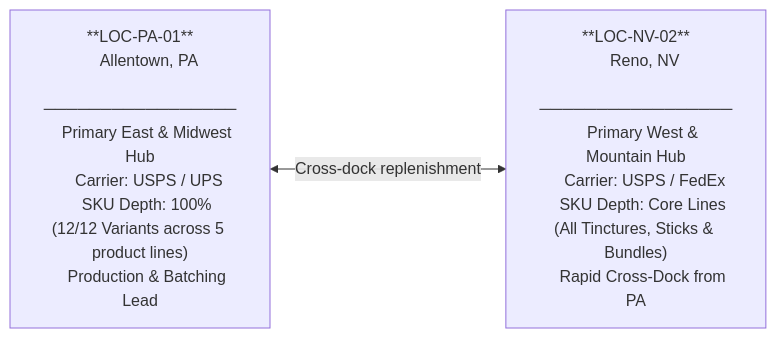
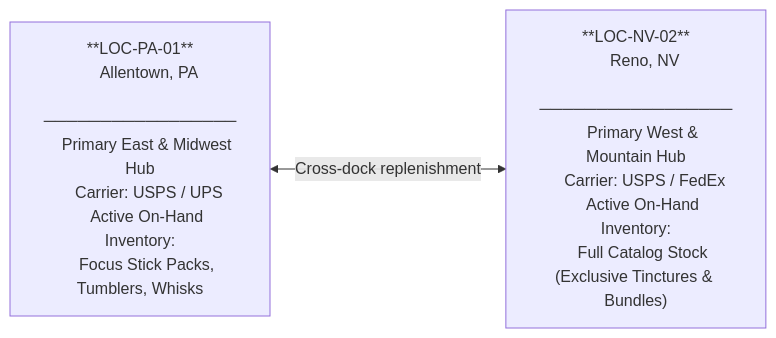
The third of 3 diagrams in domain-2-order-routing/MasterDossier-Domain2-MultiNodeLogisticsRouting.md (riovicsusas/portfolio), drawn with Mermaid before and after one commit. The commit also changed other lines of this file and 14 other files, not shown here.

````diff
--- a/domain-2-order-routing/MasterDossier-Domain2-MultiNodeLogisticsRouting.md
+++ b/domain-2-order-routing/MasterDossier-Domain2-MultiNodeLogisticsRouting.md
@@ -112,20 +105,20 @@
 ```mermaid
 flowchart LR
     PA["**LOC-PA-01**
     Allentown, PA
     ─────────────────
     Primary East & Midwest Hub
     Carrier: USPS / UPS
-    SKU Depth: 100% (12/12 Variants across 5 product lines)
-    Production & Batching Lead"]
+    Active On-Hand Inventory:
+    Focus Stick Packs, Tumblers, Whisks"]
 
     NV["**LOC-NV-02**
     Reno, NV
     ─────────────────
     Primary West & Mountain Hub
     Carrier: USPS / FedEx
-    SKU Depth: Core Lines (All Tinctures, Sticks & Bundles)
-    Rapid Cross-Dock from PA"]
+    Active On-Hand Inventory:
+    Full Catalog Stock (Exclusive Tinctures & Bundles)"]
 
     PA <-->|"Cross-dock replenishment"| NV
 ```
````
